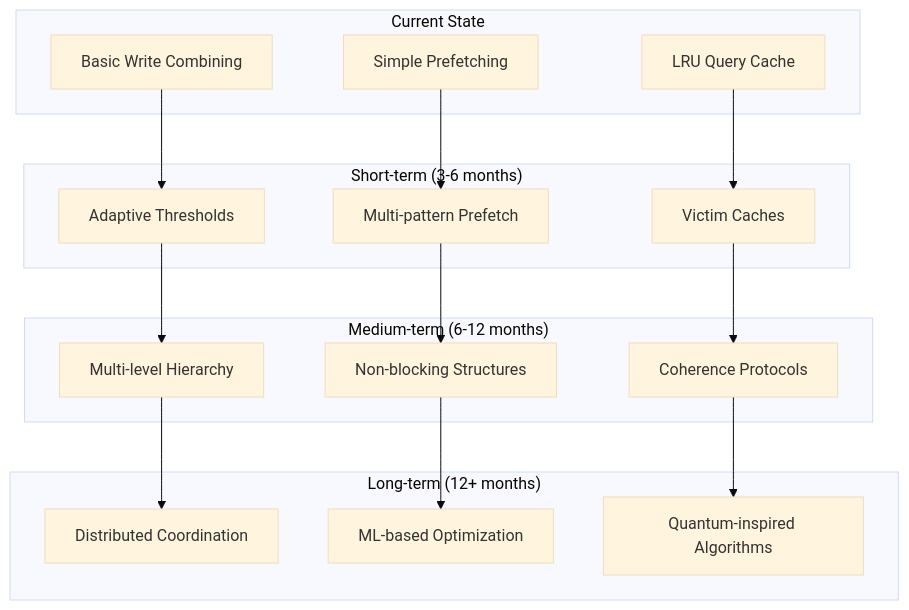
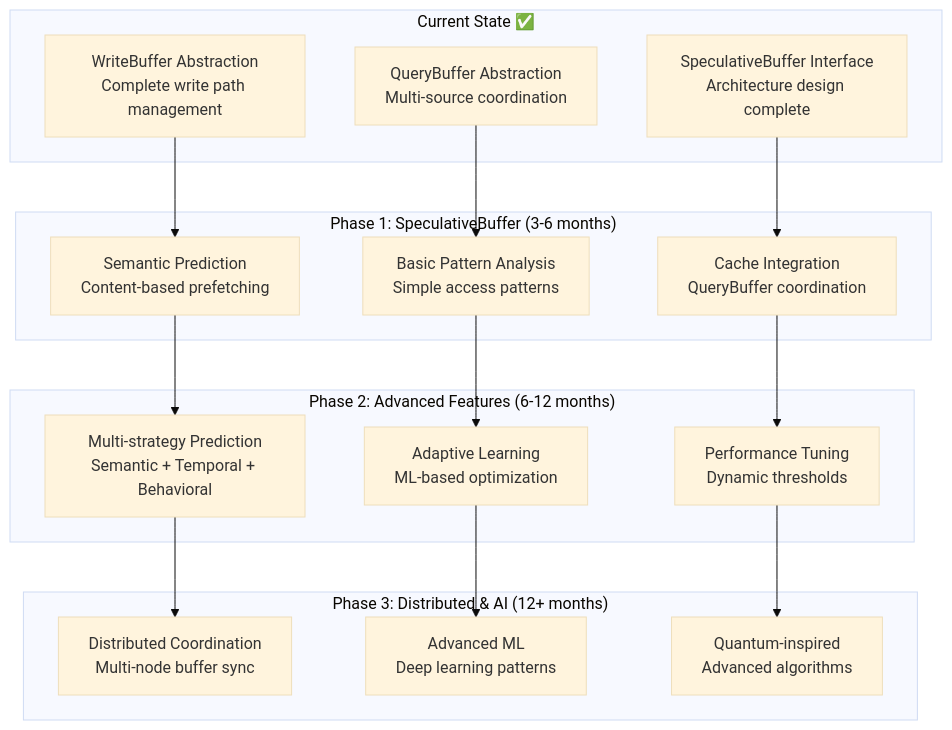
Diagram 25 of 25 in docs/architecture/buffer.md (memfuse/memfuse), drawn with Mermaid (base theme) before and after one commit. The commit also changed other lines of this file and 13 other files, not shown here.

First line of the commit message:
refactor(buffer): implement comprehensive architecture refactoring with abstraction layers

````diff
--- a/docs/architecture/buffer.md
+++ b/docs/architecture/buffer.md
@@ -1120,38 +1229,38 @@
 ```mermaid
 graph TB
-    subgraph "Current State"
-        A[Basic Write Combining]
-        B[Simple Prefetching]
-        C[LRU Query Cache]
+    subgraph "Current State ✅"
+        A[WriteBuffer Abstraction<br/>Complete write path management]
+        B[QueryBuffer Abstraction<br/>Multi-source coordination]
+        C[SpeculativeBuffer Interface<br/>Architecture design complete]
     end
 
-    subgraph "Short-term (3-6 months)"
-        D[Adaptive Thresholds]
-        E[Multi-pattern Prefetch]
-        F[Victim Caches]
+    subgraph "Phase 1: SpeculativeBuffer (3-6 months)"
+        D[Semantic Prediction<br/>Content-based prefetching]
+        E[Basic Pattern Analysis<br/>Simple access patterns]
+        F[Cache Integration<br/>QueryBuffer coordination]
     end
 
-    subgraph "Medium-term (6-12 months)"
-        G[Multi-level Hierarchy]
-        H[Non-blocking Structures]
-        I[Coherence Protocols]
+    subgraph "Phase 2: Advanced Features (6-12 months)"
+        G[Multi-strategy Prediction<br/>Semantic + Temporal + Behavioral]
+        H[Adaptive Learning<br/>ML-based optimization]
+        I[Performance Tuning<br/>Dynamic thresholds]
     end
 
-    subgraph "Long-term (12+ months)"
-        J[Distributed Coordination]
-        K[ML-based Optimization]
-        L[Quantum-inspired Algorithms]
+    subgraph "Phase 3: Distributed & AI (12+ months)"
+        J[Distributed Coordination<br/>Multi-node buffer sync]
+        K[Advanced ML<br/>Deep learning patterns]
+        L[Quantum-inspired<br/>Advanced algorithms]
     end
 
     A --> D
     B --> E
     C --> F
 
     D --> G
     E --> H
     F --> I
 
     G --> J
     H --> K
     I --> L
 ```
````
